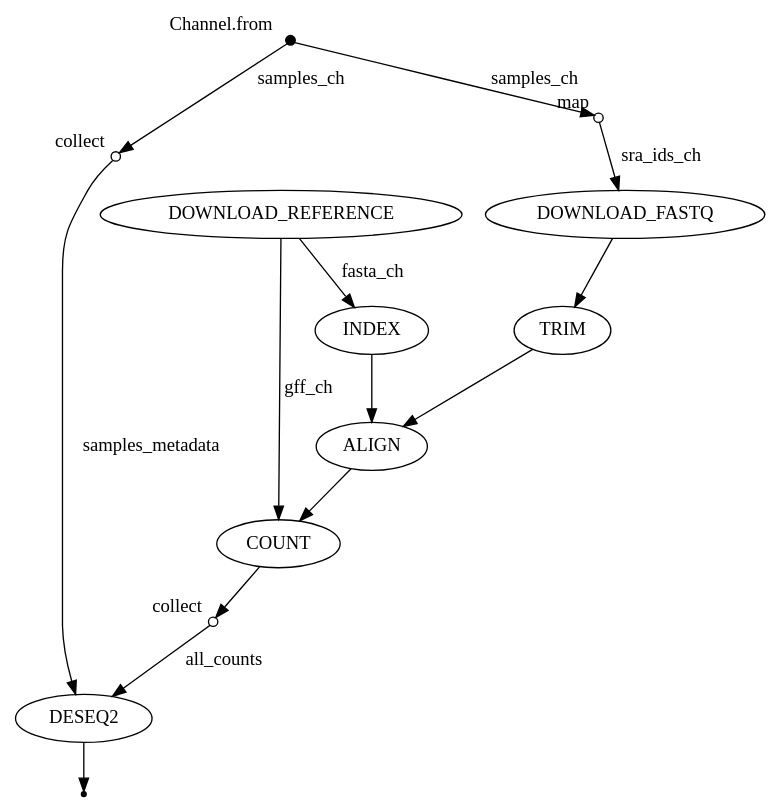
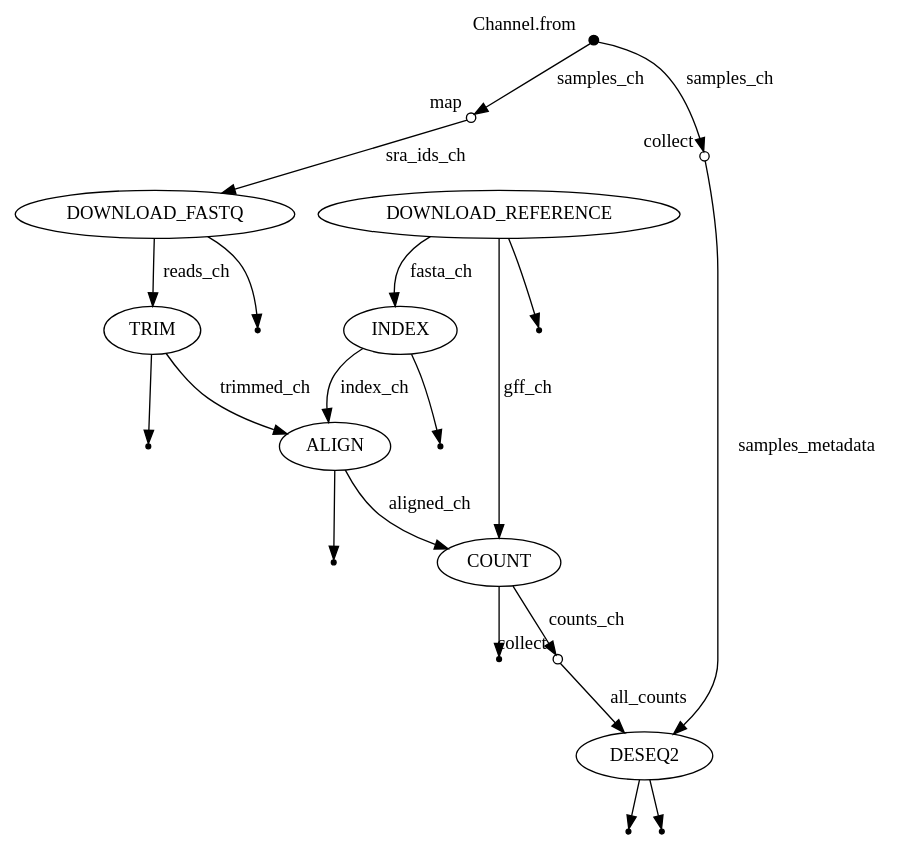
One commit to Groutmout/rna-seq-s-aureus-persisters changed the diagram in reports/dag.dot. Above: the diagram before and after it, drawn with Graphviz. The commit also changed 9 other files, not shown here.

```diff
--- a/reports/dag.dot
+++ b/reports/dag.dot
@@ -1,55 +1,83 @@
 digraph "dag" {
 rankdir=TB;
 v0 [shape=point,label="",fixedsize=true,width=0.1,xlabel="Channel.from"];
 v1 [shape=circle,label="",fixedsize=true,width=0.1,xlabel="map"];
 v0 -> v1 [label="samples_ch"];
 
 v1 [shape=circle,label="",fixedsize=true,width=0.1,xlabel="map"];
 v2 [label="DOWNLOAD_FASTQ"];
 v1 -> v2 [label="sra_ids_ch"];
 
 v2 [label="DOWNLOAD_FASTQ"];
-v3 [label="TRIM"];
+v4 [label="TRIM"];
+v2 -> v4 [label="reads_ch"];
+
+v2 [label="DOWNLOAD_FASTQ"];
+v3 [shape=point];
 v2 -> v3;
 
-v3 [label="TRIM"];
-v6 [label="ALIGN"];
-v3 -> v6;
+v4 [label="TRIM"];
+v10 [label="ALIGN"];
+v4 -> v10 [label="trimmed_ch"];
 
-v4 [label="DOWNLOAD_REFERENCE"];
-v5 [label="INDEX"];
-v4 -> v5 [label="fasta_ch"];
+v4 [label="TRIM"];
+v5 [shape=point];
+v4 -> v5;
 
-v4 [label="DOWNLOAD_REFERENCE"];
-v7 [label="COUNT"];
-v4 -> v7 [label="gff_ch"];
+v6 [label="DOWNLOAD_REFERENCE"];
+v8 [label="INDEX"];
+v6 -> v8 [label="fasta_ch"];
 
-v5 [label="INDEX"];
-v6 [label="ALIGN"];
-v5 -> v6;
+v6 [label="DOWNLOAD_REFERENCE"];
+v12 [label="COUNT"];
+v6 -> v12 [label="gff_ch"];
 
-v6 [label="ALIGN"];
-v7 [label="COUNT"];
+v6 [label="DOWNLOAD_REFERENCE"];
+v7 [shape=point];
 v6 -> v7;
 
-v7 [label="COUNT"];
-v8 [shape=circle,label="",fixedsize=true,width=0.1,xlabel="collect"];
-v7 -> v8;
+v8 [label="INDEX"];
+v10 [label="ALIGN"];
+v8 -> v10 [label="index_ch"];
 
-v8 [shape=circle,label="",fixedsize=true,width=0.1,xlabel="collect"];
-v10 [label="DESEQ2"];
-v8 -> v10 [label="all_counts"];
+v8 [label="INDEX"];
+v9 [shape=point];
+v8 -> v9;
 
-v0 [shape=point,label="",fixedsize=true,width=0.1,xlabel="Channel.from"];
-v9 [shape=circle,label="",fixedsize=true,width=0.1,xlabel="collect"];
-v0 -> v9 [label="samples_ch"];
+v10 [label="ALIGN"];
+v12 [label="COUNT"];
+v10 -> v12 [label="aligned_ch"];
 
-v9 [shape=circle,label="",fixedsize=true,width=0.1,xlabel="collect"];
-v10 [label="DESEQ2"];
-v9 -> v10 [label="samples_metadata"];
-
-v10 [label="DESEQ2"];
+v10 [label="ALIGN"];
 v11 [shape=point];
 v10 -> v11;
 
+v12 [label="COUNT"];
+v14 [shape=circle,label="",fixedsize=true,width=0.1,xlabel="collect"];
+v12 -> v14 [label="counts_ch"];
+
+v12 [label="COUNT"];
+v13 [shape=point];
+v12 -> v13;
+
+v14 [shape=circle,label="",fixedsize=true,width=0.1,xlabel="collect"];
+v16 [label="DESEQ2"];
+v14 -> v16 [label="all_counts"];
+
+v0 [shape=point,label="",fixedsize=true,width=0.1,xlabel="Channel.from"];
+v15 [shape=circle,label="",fixedsize=true,width=0.1,xlabel="collect"];
+v0 -> v15 [label="samples_ch"];
+
+v15 [shape=circle,label="",fixedsize=true,width=0.1,xlabel="collect"];
+v16 [label="DESEQ2"];
+v15 -> v16 [label="samples_metadata"];
+
+v16 [label="DESEQ2"];
+v18 [shape=point];
+v16 -> v18;
+
+v16 [label="DESEQ2"];
+v17 [shape=point];
+v16 -> v17;
+
 }
```
